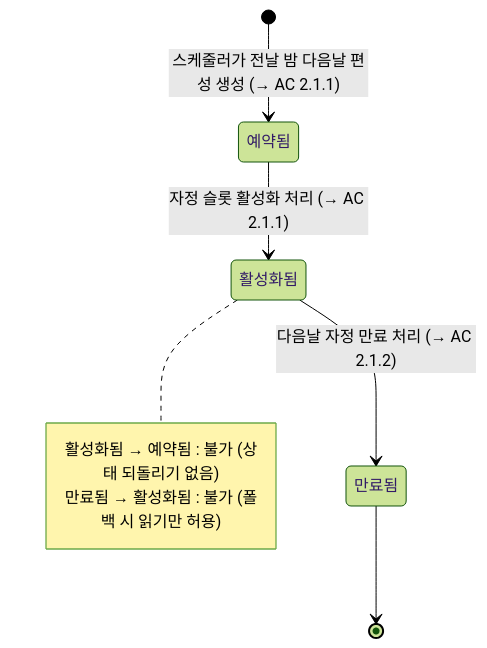
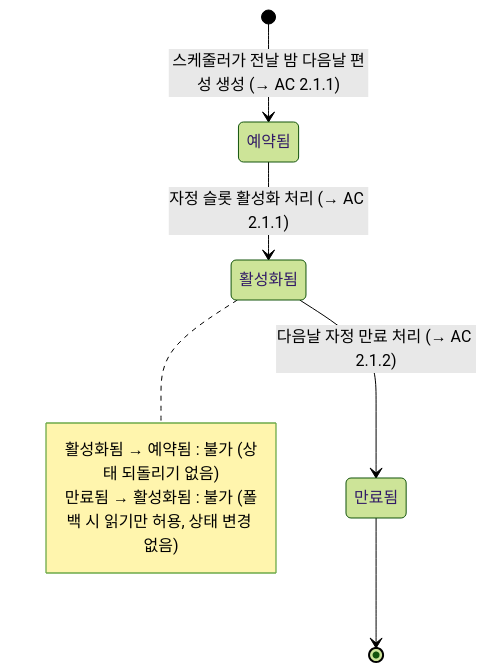
One commit to zach-wrtn/zzem-orchestrator changed the first of 3 diagrams in docs/prds/PRD-free-tab-filter-diversification.md. Above: the diagram before and after it, drawn with Mermaid (forest theme). The commit also changed other lines of this file, not shown here.

````diff
--- a/docs/prds/PRD-free-tab-filter-diversification.md
+++ b/docs/prds/PRD-free-tab-filter-diversification.md
@@ -191,12 +196,12 @@
 ```mermaid
 stateDiagram-v2
     [*] --> 예약됨 : 스케줄러가 전날 밤 다음날 편성 생성 (→ AC 2.1.1)
     예약됨 --> 활성화됨 : 자정 슬롯 활성화 처리 (→ AC 2.1.1)
     활성화됨 --> 만료됨 : 다음날 자정 만료 처리 (→ AC 2.1.2)
     만료됨 --> [*]
 
     note right of 활성화됨
         활성화됨 → 예약됨 : 불가 (상태 되돌리기 없음)
-        만료됨 → 활성화됨 : 불가 (폴백 시 읽기만 허용)
+        만료됨 → 활성화됨 : 불가 (폴백 시 읽기만 허용, 상태 변경 없음)
     end note
 ```
````
